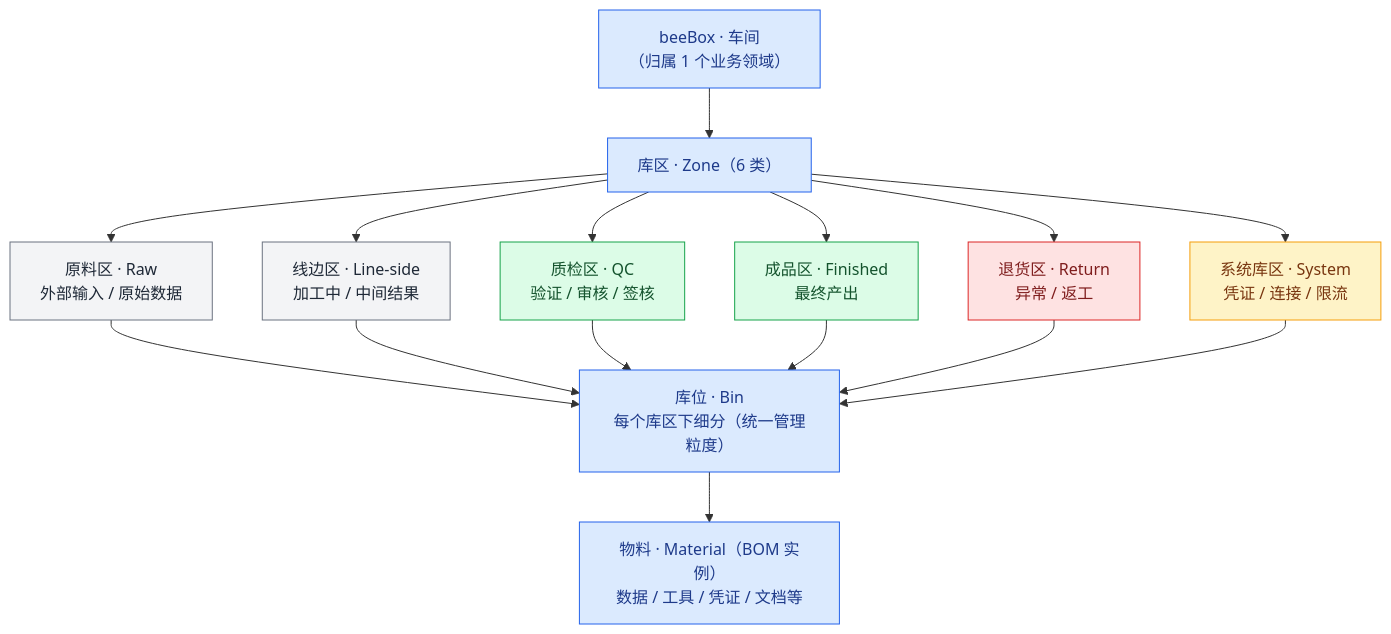
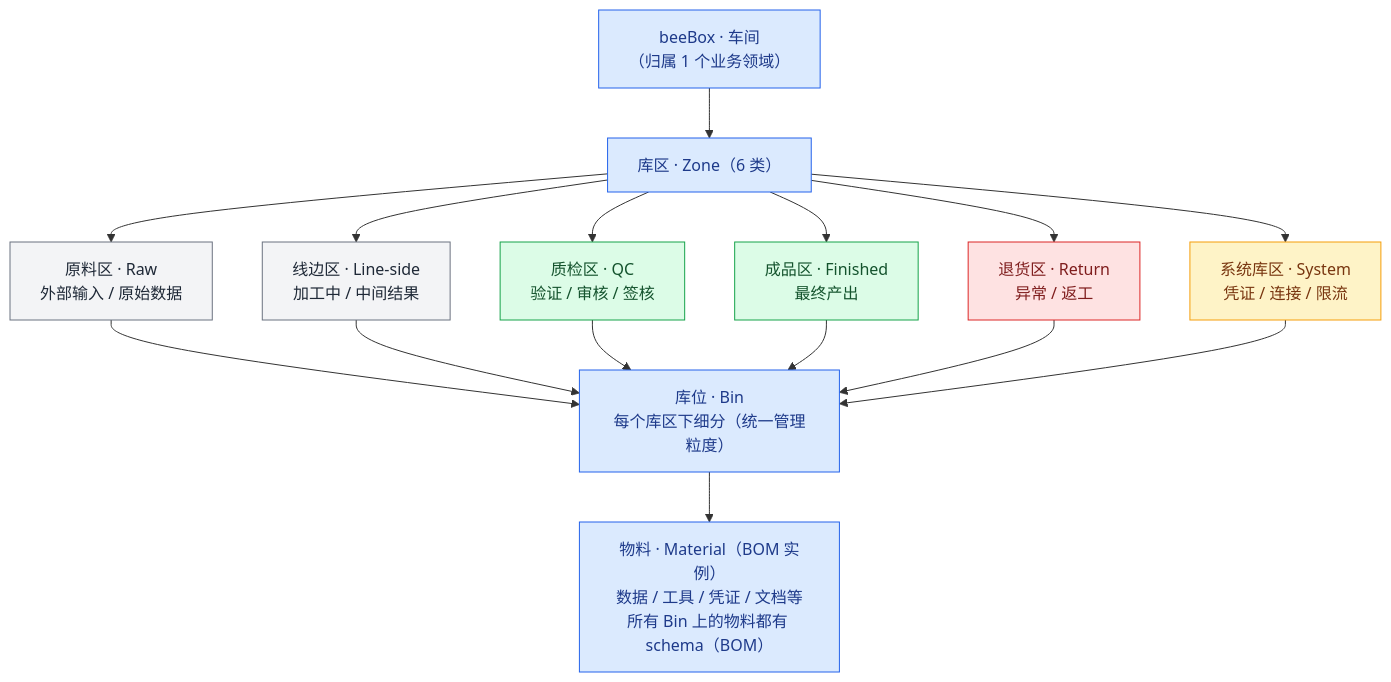
Before and after one commit to chehuizi/beeOS: the third of 4 diagrams in docs/architecture/kernel-design.md, drawn with Mermaid. The commit also changed other lines of this file, not shown here.

First line of the commit message:
docs: §4 表格 B + G 同步——凭证是 BOM 实例 / 库区 6 类

````diff
--- a/docs/architecture/kernel-design.md
+++ b/docs/architecture/kernel-design.md
@@ -170,34 +170,34 @@
 ```mermaid
 graph TB
     beeBox["beeBox · 车间<br/>（归属 1 个业务领域）"]
     zones["库区 · Zone（6 类）"]
     raw["原料区 · Raw<br/>外部输入 / 原始数据"]
     line["线边区 · Line-side<br/>加工中 / 中间结果"]
     qc["质检区 · QC<br/>验证 / 审核 / 签核"]
     finished["成品区 · Finished<br/>最终产出"]
     return["退货区 · Return<br/>异常 / 返工"]
     system["系统库区 · System<br/>凭证 / 连接 / 限流"]
     bins["库位 · Bin<br/>每个库区下细分（统一管理粒度）"]
-    materials["物料 · Material（BOM 实例）<br/>数据 / 工具 / 凭证 / 文档等"]
+    materials["物料 · Material（BOM 实例）<br/>数据 / 工具 / 凭证 / 文档等<br/>所有 Bin 上的物料都有 schema（BOM）"]
 
     beeBox --> zones
     zones --> raw
     zones --> line
     zones --> qc
     zones --> finished
     zones --> return
     zones --> system
     raw & line & qc & finished & return & system --> bins
     bins --> materials
 
     classDef box fill:#dbeafe,stroke:#2563eb,color:#1e3a8a
     classDef ok fill:#dcfce7,stroke:#16a34a,color:#14532d
     classDef bad fill:#fee2e2,stroke:#dc2626,color:#7f1d1d
     classDef neutral fill:#f3f4f6,stroke:#6b7280,color:#1f2937
     classDef sys fill:#fef3c7,stroke:#f59e0b,color:#78350f
     class beeBox,zones,bins,materials box
     class raw,line neutral
     class qc,finished ok
     class return bad
     class system sys
 ```
````
